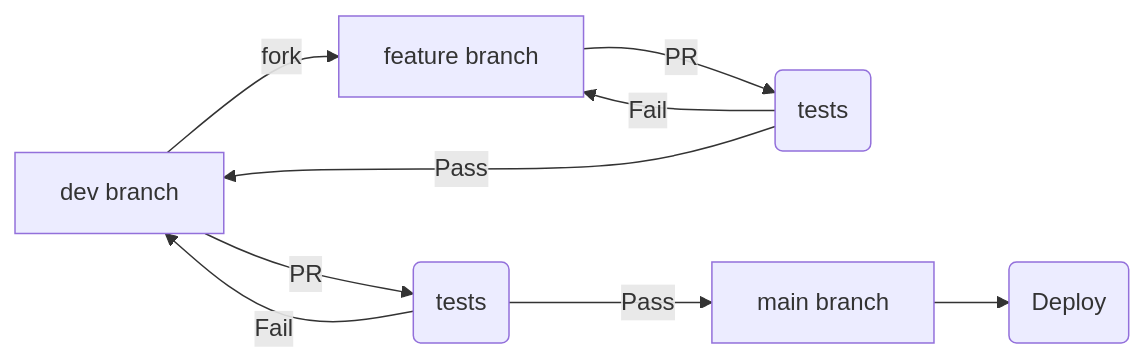
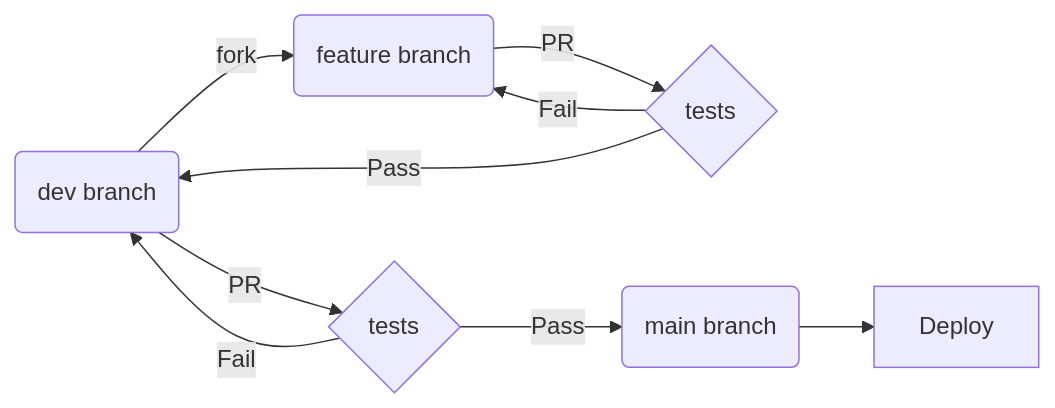
Before and after one commit to SaitoTech/wiki: the diagram in tech/building_apps/dev_workflow.md, drawn with Mermaid. The commit also changed other lines of this file, not shown here.

Commit message:
docs: update tech/building_apps/dev_workflow

````diff
--- a/tech/building_apps/dev_workflow.md
+++ b/tech/building_apps/dev_workflow.md
@@ -15,11 +16,11 @@
 ```mermaid
 flowchart LR;
-   A[dev branch] -- fork --> B[feature branch];
-   B -- PR --> C(tests);
+   A(dev branch) -- fork --> B(feature branch);
+   B -- PR --> C{tests};
    C -- Fail --> B;
    C -- Pass --> A;
-   A[dev branch] -- PR --> D(tests);
-   D -- Pass --> E[main branch];
+   A -- PR --> D{tests};
+   D -- Pass --> E(main branch);
    D -- Fail --> A;
-   E --> F(Deploy)
+   E --> F[Deploy]
 ```
````
